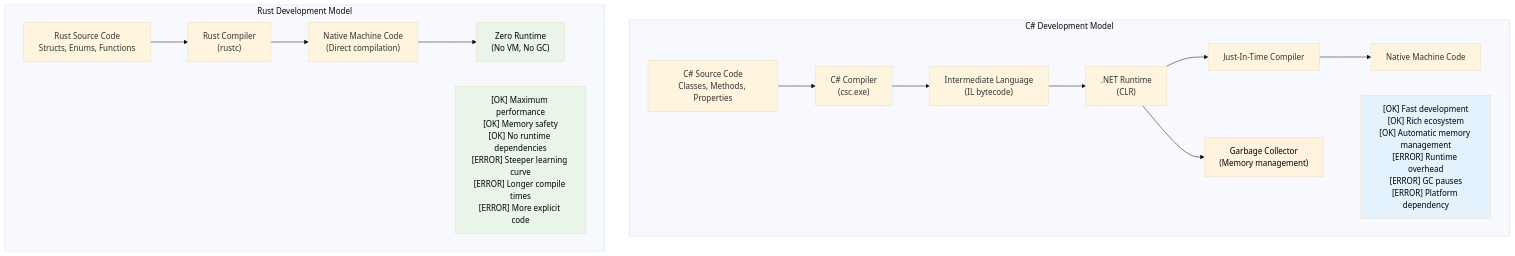
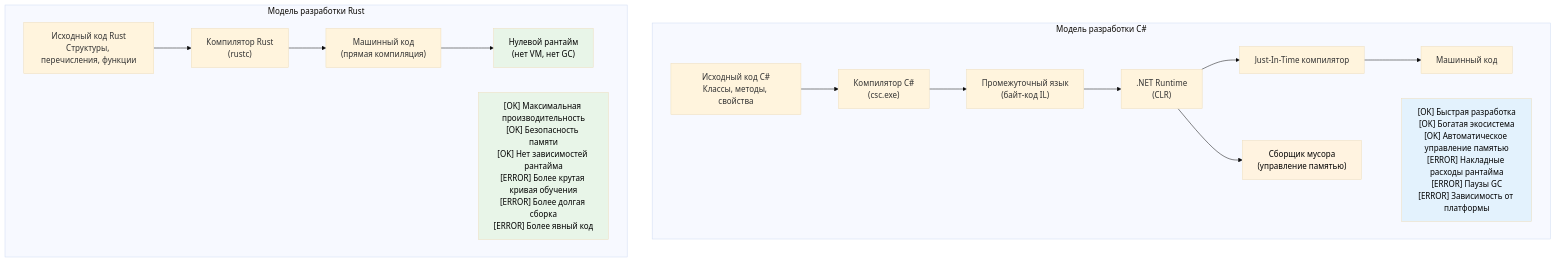
Before and after one commit to r007/RustTraining-Rus: the diagram in csharp-book/src/ch01-introduction-and-motivation.md, drawn with Mermaid (base theme). The commit also changed other lines of this file and 11 other files, not shown here.

````diff
--- a/csharp-book/src/ch01-introduction-and-motivation.md
+++ b/csharp-book/src/ch01-introduction-and-motivation.md
@@ -523,39 +523,39 @@
 ```mermaid
 graph TD
-    subgraph "C# Development Model"
-        CS_CODE["C# Source Code<br/>Classes, Methods, Properties"]
-        CS_COMPILE["C# Compiler<br/>(csc.exe)"]
-        CS_IL["Intermediate Language<br/>(IL bytecode)"]
+    subgraph "Модель разработки C#"
+        CS_CODE["Исходный код C#<br/>Классы, методы, свойства"]
+        CS_COMPILE["Компилятор C#<br/>(csc.exe)"]
+        CS_IL["Промежуточный язык<br/>(байт-код IL)"]
         CS_RUNTIME[".NET Runtime<br/>(CLR)"]
-        CS_JIT["Just-In-Time Compiler"]
-        CS_NATIVE["Native Machine Code"]
-        CS_GC["Garbage Collector<br/>(Memory management)"]
+        CS_JIT["Just-In-Time компилятор"]
+        CS_NATIVE["Машинный код"]
+        CS_GC["Сборщик мусора<br/>(управление памятью)"]
         
         CS_CODE --> CS_COMPILE
         CS_COMPILE --> CS_IL
         CS_IL --> CS_RUNTIME
         CS_RUNTIME --> CS_JIT
         CS_JIT --> CS_NATIVE
         CS_RUNTIME --> CS_GC
         
-        CS_BENEFITS["[OK] Fast development<br/>[OK] Rich ecosystem<br/>[OK] Automatic memory management<br/>[ERROR] Runtime overhead<br/>[ERROR] GC pauses<br/>[ERROR] Platform dependency"]
+        CS_BENEFITS["[OK] Быстрая разработка<br/>[OK] Богатая экосистема<br/>[OK] Автоматическое управление памятью<br/>[ERROR] Накладные расходы рантайма<br/>[ERROR] Паузы GC<br/>[ERROR] Зависимость от платформы"]
     end
     
-    subgraph "Rust Development Model"
-        RUST_CODE["Rust Source Code<br/>Structs, Enums, Functions"]
-        RUST_COMPILE["Rust Compiler<br/>(rustc)"]
-        RUST_NATIVE["Native Machine Code<br/>(Direct compilation)"]
-        RUST_ZERO["Zero Runtime<br/>(No VM, No GC)"]
+    subgraph "Модель разработки Rust"
+        RUST_CODE["Исходный код Rust<br/>Структуры, перечисления, функции"]
+        RUST_COMPILE["Компилятор Rust<br/>(rustc)"]
+        RUST_NATIVE["Машинный код<br/>(прямая компиляция)"]
+        RUST_ZERO["Нулевой рантайм<br/>(нет VM, нет GC)"]
         
         RUST_CODE --> RUST_COMPILE
         RUST_COMPILE --> RUST_NATIVE
         RUST_NATIVE --> RUST_ZERO
         
-        RUST_BENEFITS["[OK] Maximum performance<br/>[OK] Memory safety<br/>[OK] No runtime dependencies<br/>[ERROR] Steeper learning curve<br/>[ERROR] Longer compile times<br/>[ERROR] More explicit code"]
+        RUST_BENEFITS["[OK] Максимальная производительность<br/>[OK] Безопасность памяти<br/>[OK] Нет зависимостей рантайма<br/>[ERROR] Более крутая кривая обучения<br/>[ERROR] Более долгая сборка<br/>[ERROR] Более явный код"]
     end
     
     style CS_BENEFITS fill:#e3f2fd,color:#000
     style RUST_BENEFITS fill:#e8f5e8,color:#000
     style CS_GC fill:#fff3e0,color:#000
     style RUST_ZERO fill:#e8f5e8,color:#000
 ```
````
